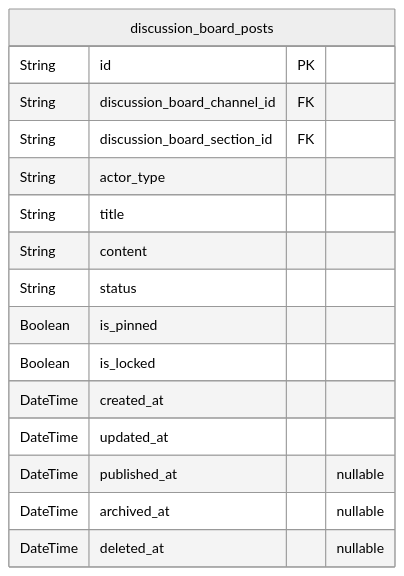
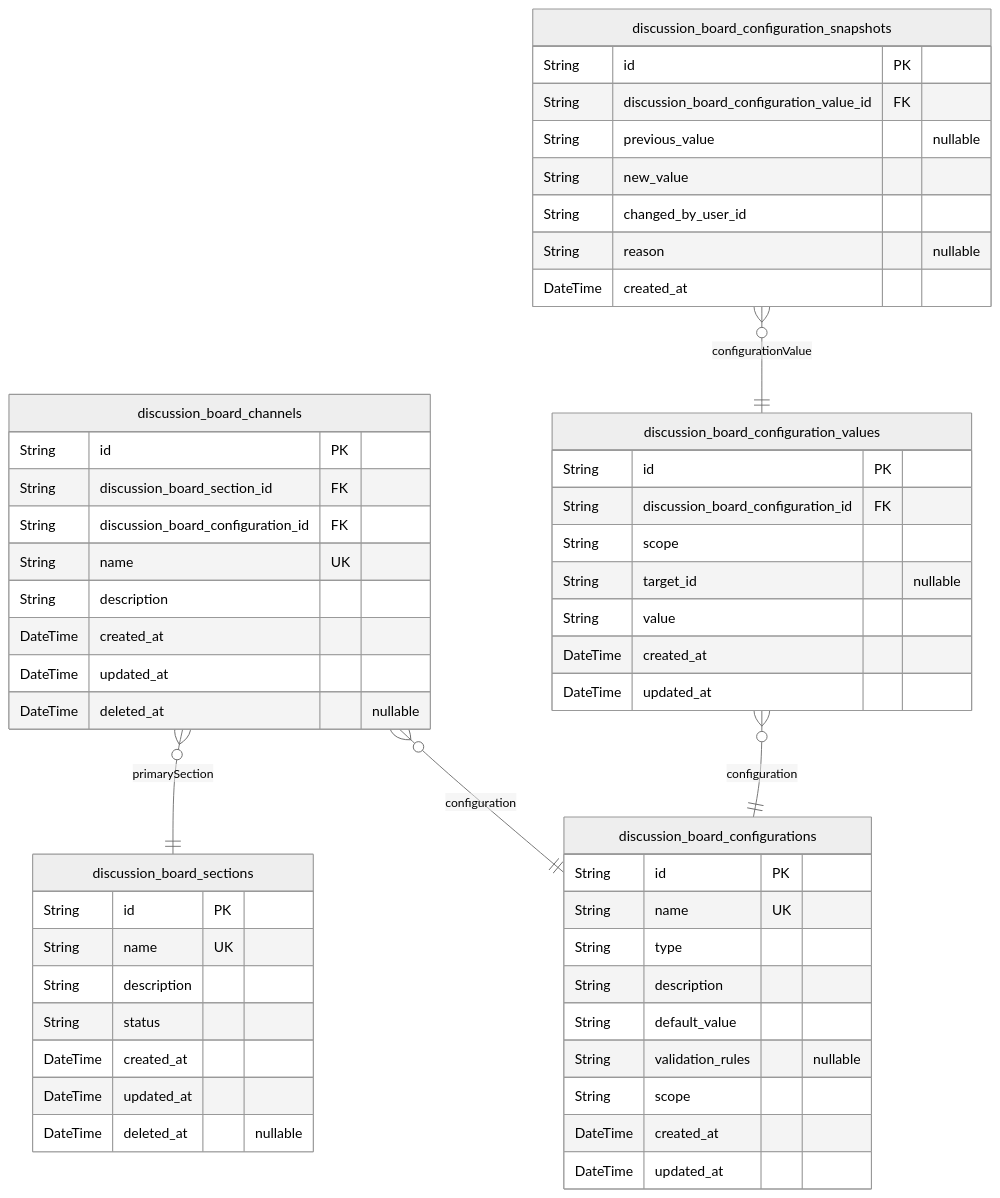
The second of 8 diagrams in deepseek/deepseek-v3.1-terminus-exacto/bbs/docs/ERD.md (wrtnlabs/autobe-examples), drawn with Mermaid (neutral theme) before and after one commit. The commit also changed other lines of this file and 9391 other files, not shown here.

````diff
--- a/deepseek/deepseek-v3.1-terminus-exacto/bbs/docs/ERD.md
+++ b/deepseek/deepseek-v3.1-terminus-exacto/bbs/docs/ERD.md
@@ -371,19 +623,55 @@
 ```mermaid
 erDiagram
-"discussion_board_posts" {
+"discussion_board_sections" {
   String id PK
-  String discussion_board_channel_id FK
-  String discussion_board_section_id FK
-  String actor_type
-  String title
-  String content
+  String name UK
+  String description
   String status
-  Boolean is_pinned
-  Boolean is_locked
   DateTime created_at
   DateTime updated_at
-  DateTime published_at "nullable"
-  DateTime archived_at "nullable"
   DateTime deleted_at "nullable"
 }
+"discussion_board_channels" {
+  String id PK
+  String discussion_board_section_id FK
+  String discussion_board_configuration_id FK
+  String name UK
+  String description
+  DateTime created_at
+  DateTime updated_at
+  DateTime deleted_at "nullable"
+}
+"discussion_board_configurations" {
+  String id PK
+  String name UK
+  String type
+  String description
+  String default_value
+  String validation_rules "nullable"
+  String scope
+  DateTime created_at
+  DateTime updated_at
+}
+"discussion_board_configuration_values" {
+  String id PK
+  String discussion_board_configuration_id FK
+  String scope
+  String target_id "nullable"
+  String value
+  DateTime created_at
+  DateTime updated_at
+}
+"discussion_board_configuration_snapshots" {
+  String id PK
+  String discussion_board_configuration_value_id FK
+  String previous_value "nullable"
+  String new_value
+  String changed_by_user_id
+  String reason "nullable"
+  DateTime created_at
+}
+"discussion_board_channels" }o--|| "discussion_board_sections" : primarySection
+"discussion_board_channels" }o--|| "discussion_board_configurations" : configuration
+"discussion_board_configuration_values" }o--|| "discussion_board_configurations" : configuration
+"discussion_board_configuration_snapshots" }o--|| "discussion_board_configuration_values" : configurationValue
 ```
````
